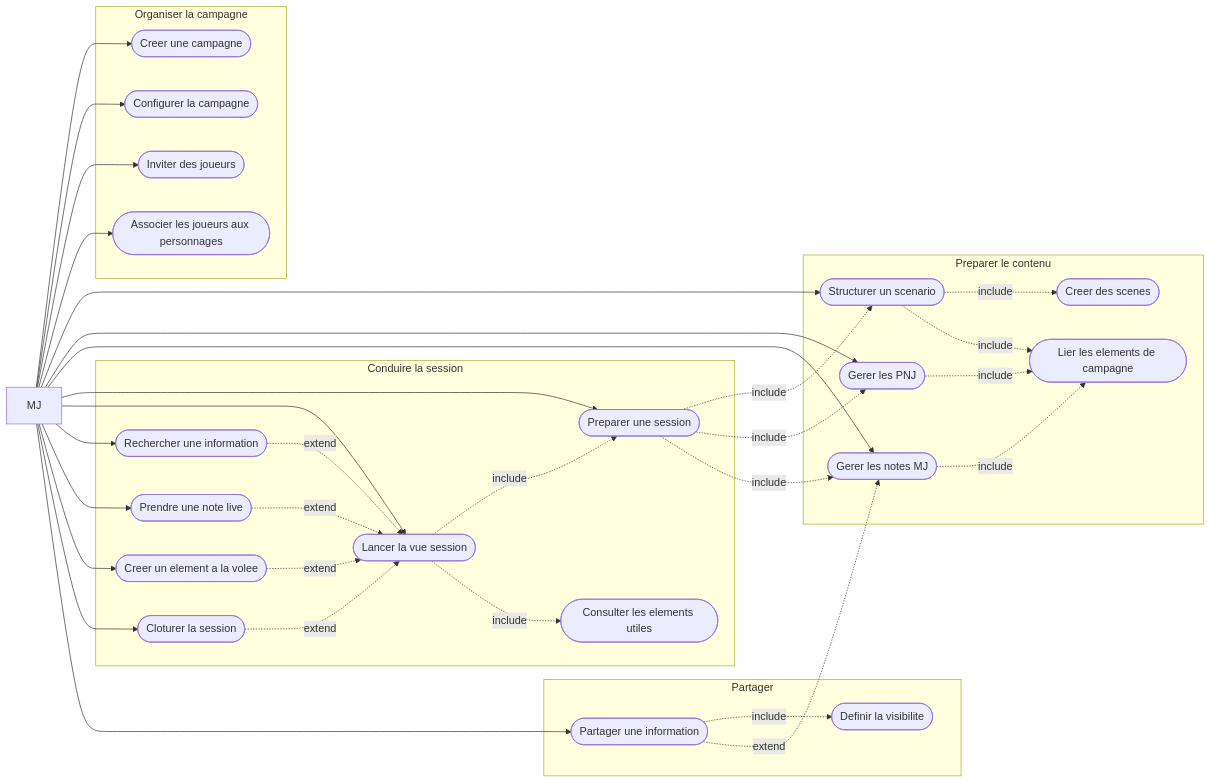
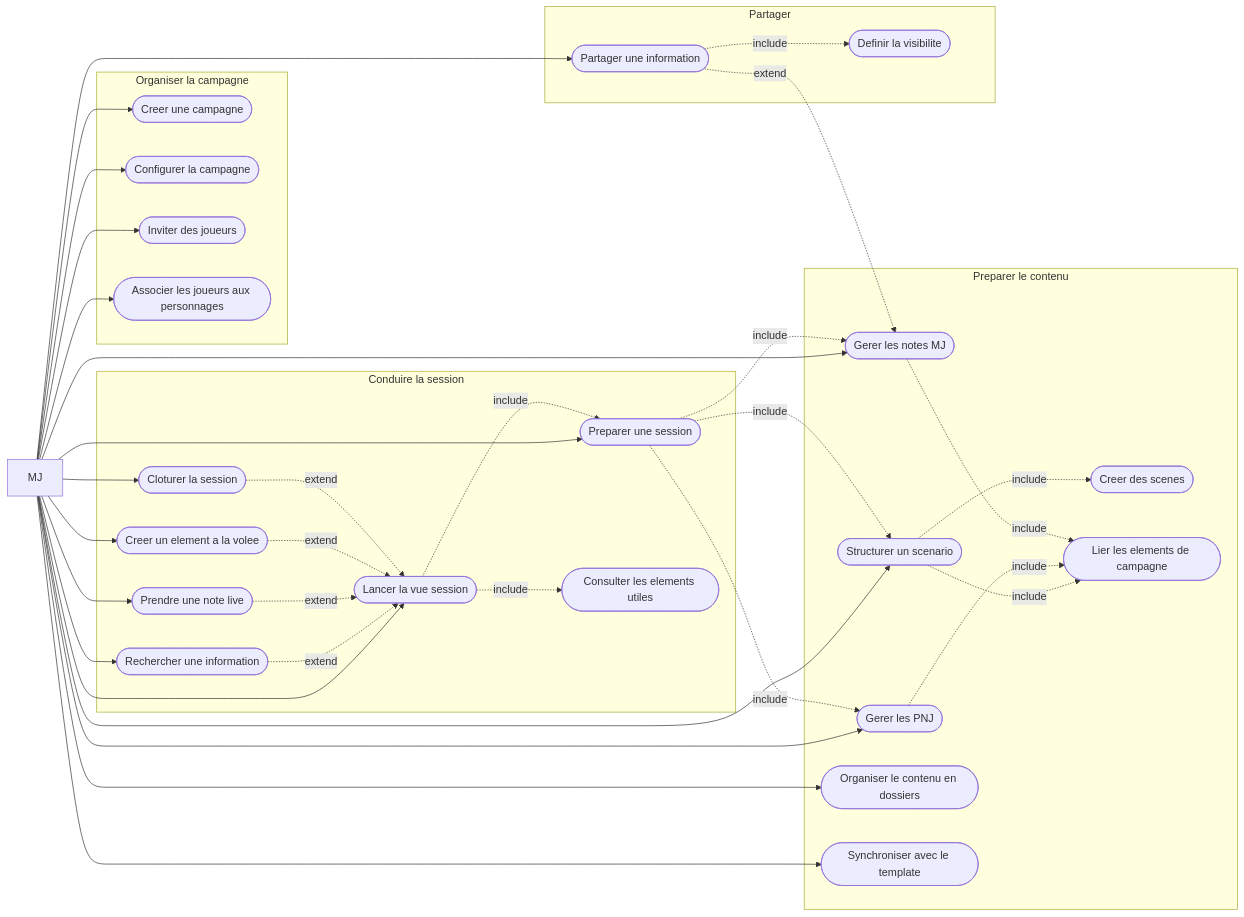
One commit to 2025-10-CDA-ECO-P6/PM-micro-saas changed the third of 5 diagrams in docs/conception/DiagrammeCasUtilisation.md. Above: the diagram before and after it, drawn with Mermaid. The commit also changed other lines of this file and 28 other files, not shown here.

Commit message:
docs: add folders, backlinks and template sync across all conception files

````diff
--- a/docs/conception/DiagrammeCasUtilisation.md
+++ b/docs/conception/DiagrammeCasUtilisation.md
@@ -144,59 +150,63 @@
 ```mermaid
 flowchart LR
     MJ["MJ"]
     subgraph ORGANISER["Organiser la campagne"]
         UC_CREATE(["Creer une campagne"])
         UC_CONFIG(["Configurer la campagne"])
         UC_INVITE(["Inviter des joueurs"])
         UC_ASSIGN(["Associer les joueurs aux personnages"])
     end
     subgraph CONTENU["Preparer le contenu"]
         UC_SCENARIO(["Structurer un scenario"])
         UC_SCENE(["Creer des scenes"])
         UC_NPC(["Gerer les PNJ"])
         UC_NOTES(["Gerer les notes MJ"])
         UC_LINK(["Lier les elements de campagne"])
+        UC_FOLDERS(["Organiser le contenu en dossiers"])
+        UC_TPL_SYNC(["Synchroniser avec le template"])
     end
     subgraph CONDUIRE["Conduire la session"]
         UC_PREP(["Preparer une session"])
         UC_START(["Lancer la vue session"])
         UC_VIEW_CONTENT(["Consulter les elements utiles"])
         UC_SEARCH(["Rechercher une information"])
         UC_LIVE_NOTE(["Prendre une note live"])
         UC_CREATE_LIVE(["Creer un element a la volee"])
         UC_CLOSE(["Cloturer la session"])
     end
     subgraph PARTAGER["Partager"]
         UC_SHARE(["Partager une information"])
         UC_VISIBILITY(["Definir la visibilite"])
     end
     MJ --> UC_CREATE
     MJ --> UC_CONFIG
     MJ --> UC_INVITE
     MJ --> UC_ASSIGN
     MJ --> UC_SCENARIO
     MJ --> UC_NPC
     MJ --> UC_NOTES
+    MJ --> UC_FOLDERS
+    MJ --> UC_TPL_SYNC
     MJ --> UC_PREP
     MJ --> UC_START
     MJ --> UC_SEARCH
     MJ --> UC_LIVE_NOTE
     MJ --> UC_CREATE_LIVE
     MJ --> UC_CLOSE
     MJ --> UC_SHARE
     UC_SCENARIO -.->|"include"| UC_SCENE
     UC_SCENARIO -.->|"include"| UC_LINK
     UC_NPC -.->|"include"| UC_LINK
     UC_NOTES -.->|"include"| UC_LINK
     UC_PREP -.->|"include"| UC_SCENARIO
     UC_PREP -.->|"include"| UC_NPC
     UC_PREP -.->|"include"| UC_NOTES
     UC_START -.->|"include"| UC_PREP
     UC_START -.->|"include"| UC_VIEW_CONTENT
     UC_SHARE -.->|"include"| UC_VISIBILITY
     UC_SEARCH -.->|"extend"| UC_START
     UC_LIVE_NOTE -.->|"extend"| UC_START
     UC_CREATE_LIVE -.->|"extend"| UC_START
     UC_CLOSE -.->|"extend"| UC_START
     UC_SHARE -.->|"extend"| UC_NOTES
 ```
````
